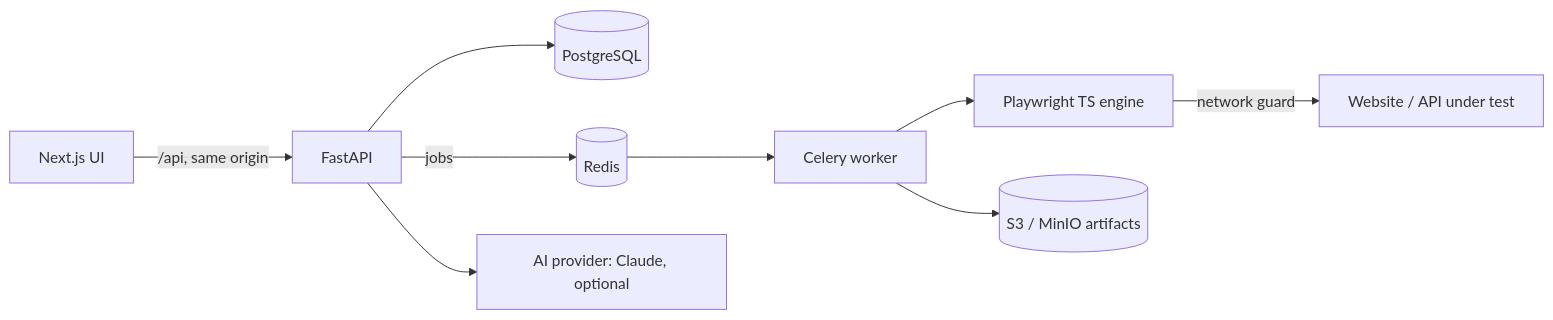
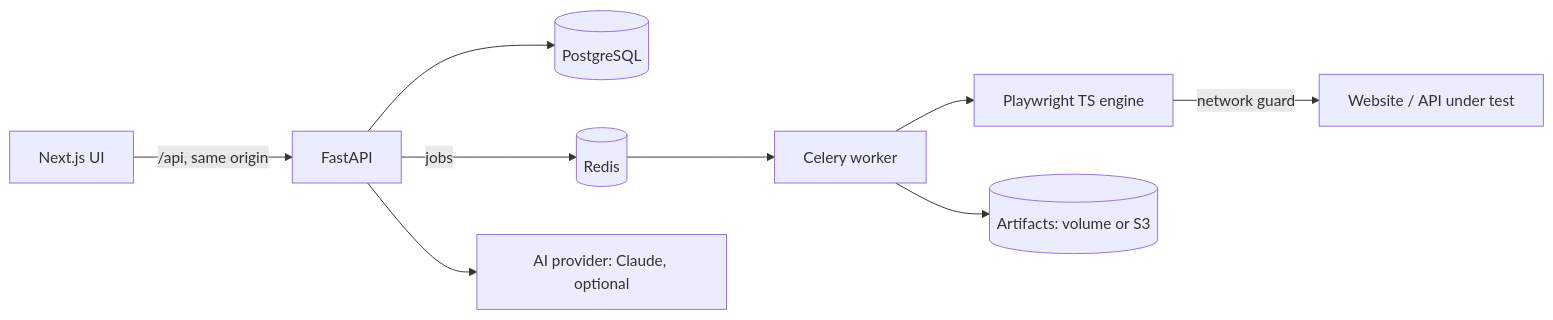
Before and after one commit to RajaRam-Kannuri/speed-test: the diagram in README.md, drawn with Mermaid. The commit also changed 6 other files, not shown here.

First line of the commit message:
Store artifacts in a shared volume by default; drop MinIO from compose

````diff
--- a/README.md
+++ b/README.md
@@ -19,11 +19,11 @@
 ```mermaid
 flowchart LR
   UI[Next.js UI] -->|/api, same origin| API[FastAPI]
   API --> PG[(PostgreSQL)]
   API -->|jobs| R[(Redis)]
   R --> W[Celery worker]
   W --> E[Playwright TS engine]
   E -->|network guard| T[Website / API under test]
-  W --> S3[(S3 / MinIO artifacts)]
+  W --> S3[(Artifacts: volume or S3)]
   API --> AI[AI provider: Claude, optional]
 ```
````
